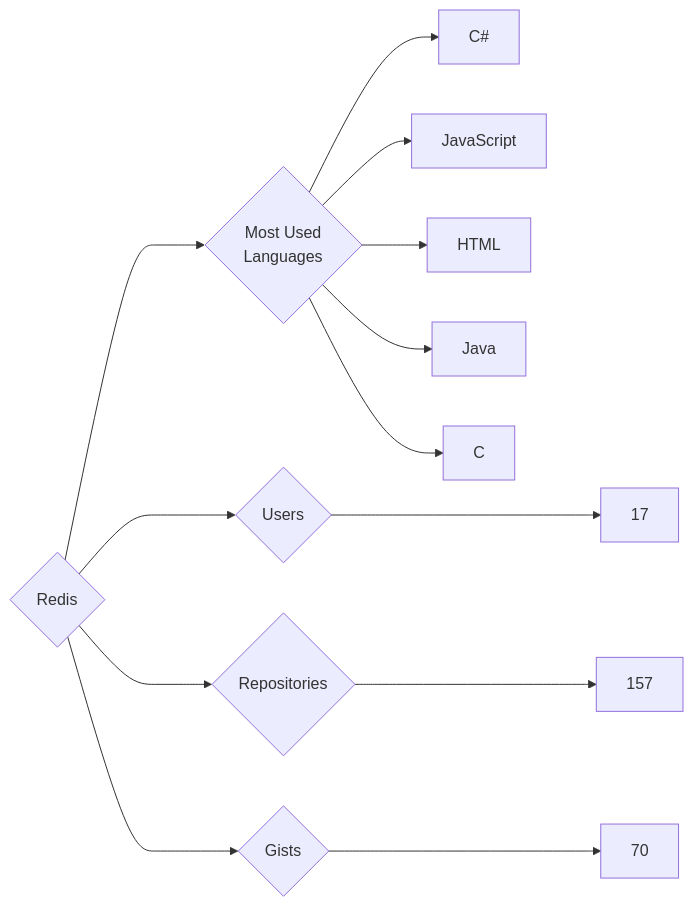
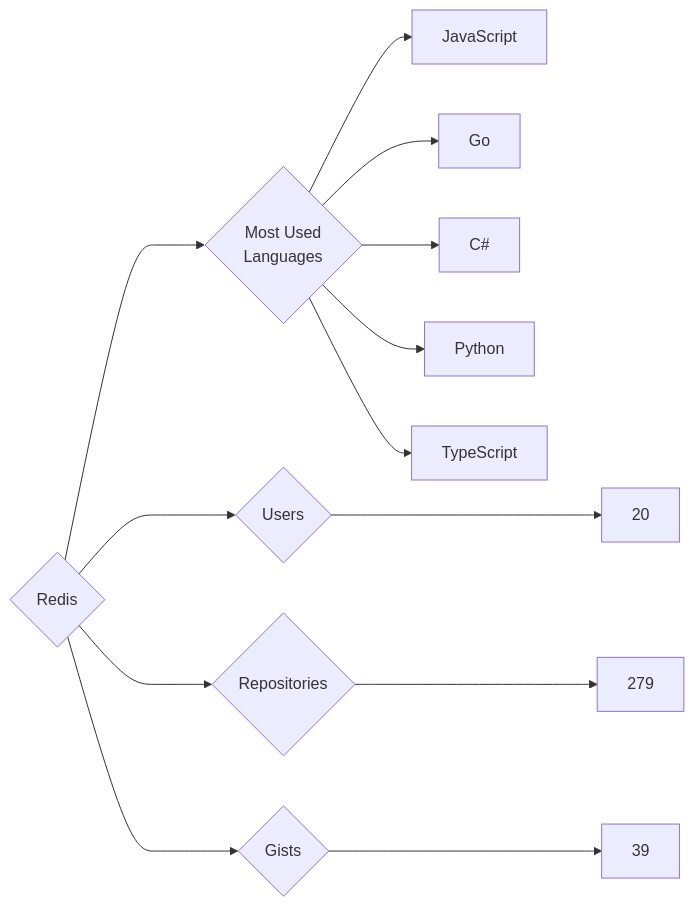
The diagram in targets/Redis/README.md (trickest/insiders), drawn with Mermaid before and after one commit. The commit also changed 1479 other files, not shown here.

````diff
--- a/targets/Redis/README.md
+++ b/targets/Redis/README.md
@@ -3,13 +3,13 @@
 ```mermaid
 graph LR
 COMPANY_NAME{Redis}
-COMPANY_NAME ---> U{Users} ---> UN[17]
-COMPANY_NAME ---> R{Repositories} ---> RN[157]
-COMPANY_NAME ---> G{Gists} ---> GN[70]
+COMPANY_NAME ---> U{Users} ---> UN[20]
+COMPANY_NAME ---> R{Repositories} ---> RN[279]
+COMPANY_NAME ---> G{Gists} ---> GN[39]
 COMPANY_NAME ---> ML{Most Used<br>Languages}
+ML --> JavaScript[JavaScript]
+ML --> Go[Go]
 ML --> C#[C#]
-ML --> JavaScript[JavaScript]
-ML --> HTML[HTML]
-ML --> Java[Java]
-ML --> C[C]
+ML --> Python[Python]
+ML --> TypeScript[TypeScript]
 ```
````
